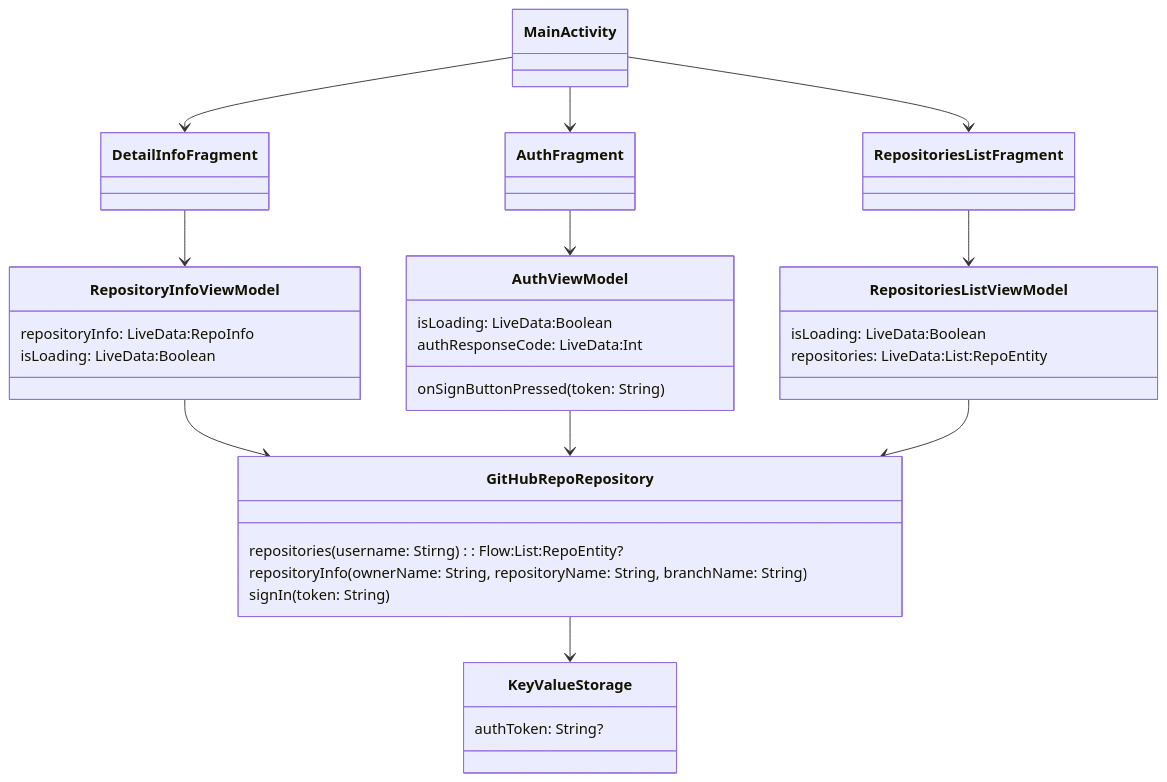
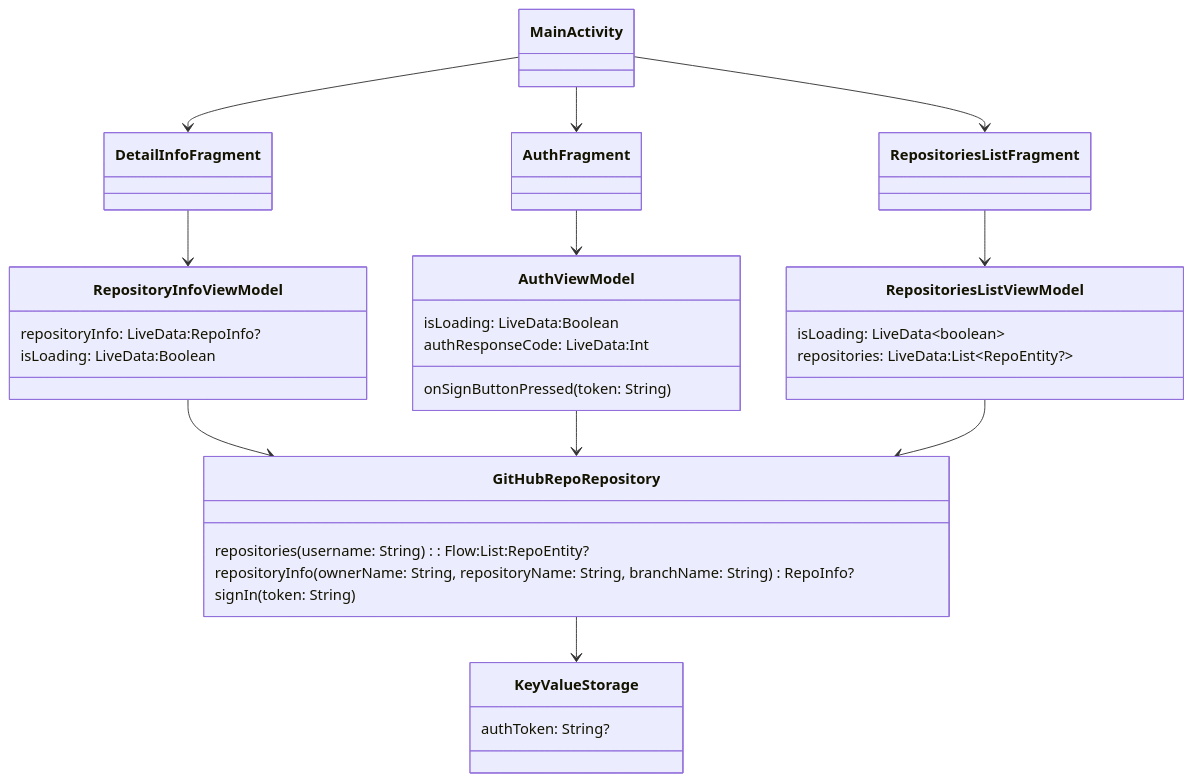
Before and after one commit to icerockdev/kmm.icerock.dev: the diagram in university/1-android-basics/practice.md, drawn with Mermaid. The commit also changed 3 other files, not shown here.

````diff
--- a/university/1-android-basics/practice.md
+++ b/university/1-android-basics/practice.md
@@ -42,48 +42,48 @@
 ```mermaid
    classDiagram
 
    class MainActivity:::android
    class AuthFragment:::android
    class RepositoriesListFragment:::android
    class DetailInfoFragment:::android
 
    class AuthViewModel:::android{
      isLoading: LiveData:Boolean
      authResponseCode: LiveData:Int
      onSignButtonPressed(token: String)
    }
    
    class RepositoryInfoViewModel:::android{
-     repositoryInfo: LiveData:RepoInfo
+     repositoryInfo: LiveData:RepoInfo?
      isLoading: LiveData:Boolean
    }
    
    class RepositoriesListViewModel:::android{
-     isLoading: LiveData:Boolean
-     repositories: LiveData:List:RepoEntity
+     isLoading: LiveData~boolean~
+     repositories: LiveData:List~RepoEntity?~
    }
    
    class GitHubRepoRepository:::android{
-     repositories(username: Stirng): Flow:List:RepoEntity?
-     repositoryInfo(ownerName: String, repositoryName: String, branchName: String)
+     repositories(username: String): Flow:List:RepoEntity?
+     repositoryInfo(ownerName: String, repositoryName: String, branchName: String) RepoInfo?
      signIn(token: String)
    }
    
    class KeyValueStorage:::android{
      authToken: String?
    }
 
    MainActivity --> AuthFragment
    MainActivity --> RepositoriesListFragment
    MainActivity --> DetailInfoFragment
    
    AuthFragment --> AuthViewModel
    RepositoriesListFragment --> RepositoriesListViewModel
    DetailInfoFragment --> RepositoryInfoViewModel
    
    RepositoryInfoViewModel --> GitHubRepoRepository
    AuthViewModel --> GitHubRepoRepository
    RepositoriesListViewModel --> GitHubRepoRepository
 
    GitHubRepoRepository --> KeyValueStorage
 ```
````
